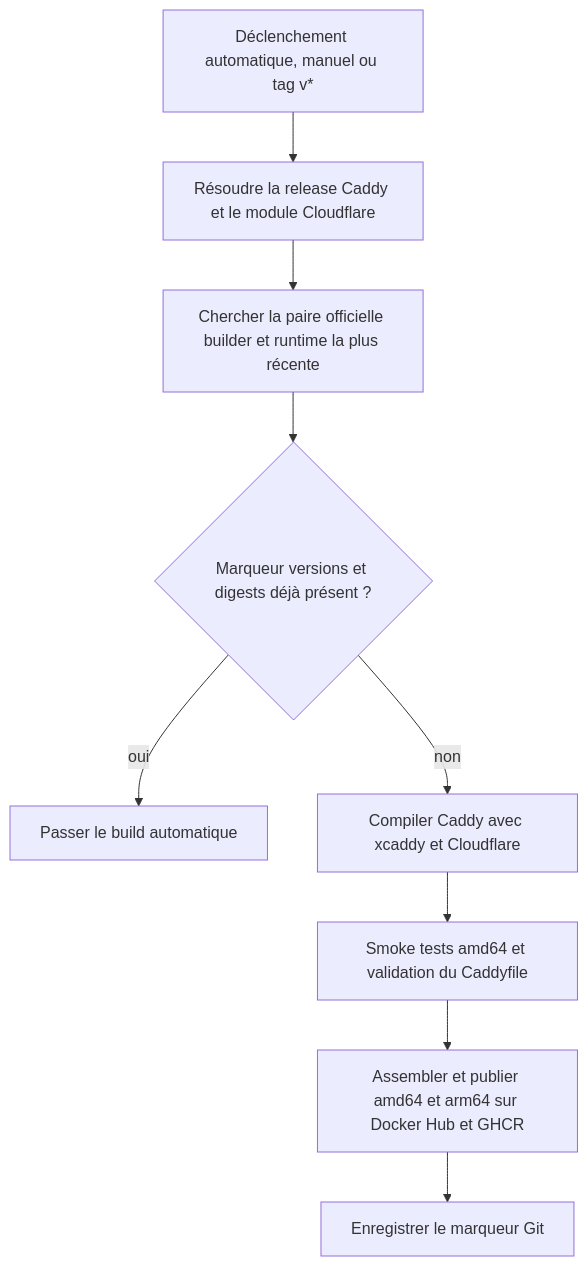
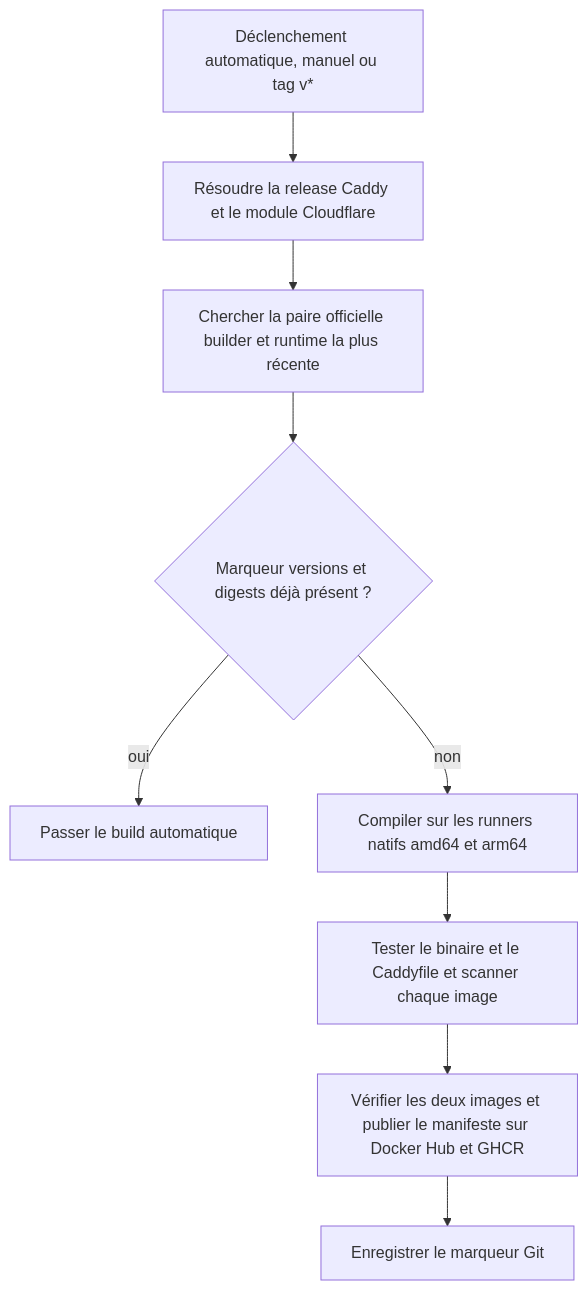
The diagram in docs/MAINTENANCE.md (williamboglietti/caddy-cloudflare), drawn with Mermaid before and after one commit. The commit also changed other lines of this file and 3 other files, not shown here.

Commit message:
Compiler Caddy sur des runners amd64 et ARM64 natifs

````diff
--- a/docs/MAINTENANCE.md
+++ b/docs/MAINTENANCE.md
@@ -32,11 +32,11 @@
 ```mermaid
 flowchart TD
     A[Déclenchement automatique, manuel ou tag v*] --> B[Résoudre la release Caddy et le module Cloudflare]
     B --> C[Chercher la paire officielle builder et runtime la plus récente]
     C --> D{Marqueur versions et digests déjà présent ?}
     D -- oui --> E[Passer le build automatique]
-    D -- non --> F[Compiler Caddy avec xcaddy et Cloudflare]
-    F --> G[Smoke tests amd64 et validation du Caddyfile]
-    G --> H[Assembler et publier amd64 et arm64 sur Docker Hub et GHCR]
+    D -- non --> F[Compiler sur les runners natifs amd64 et arm64]
+    F --> G[Tester le binaire et le Caddyfile et scanner chaque image]
+    G --> H[Vérifier les deux images et publier le manifeste sur Docker Hub et GHCR]
     H --> I[Enregistrer le marqueur Git]
 ```
````
